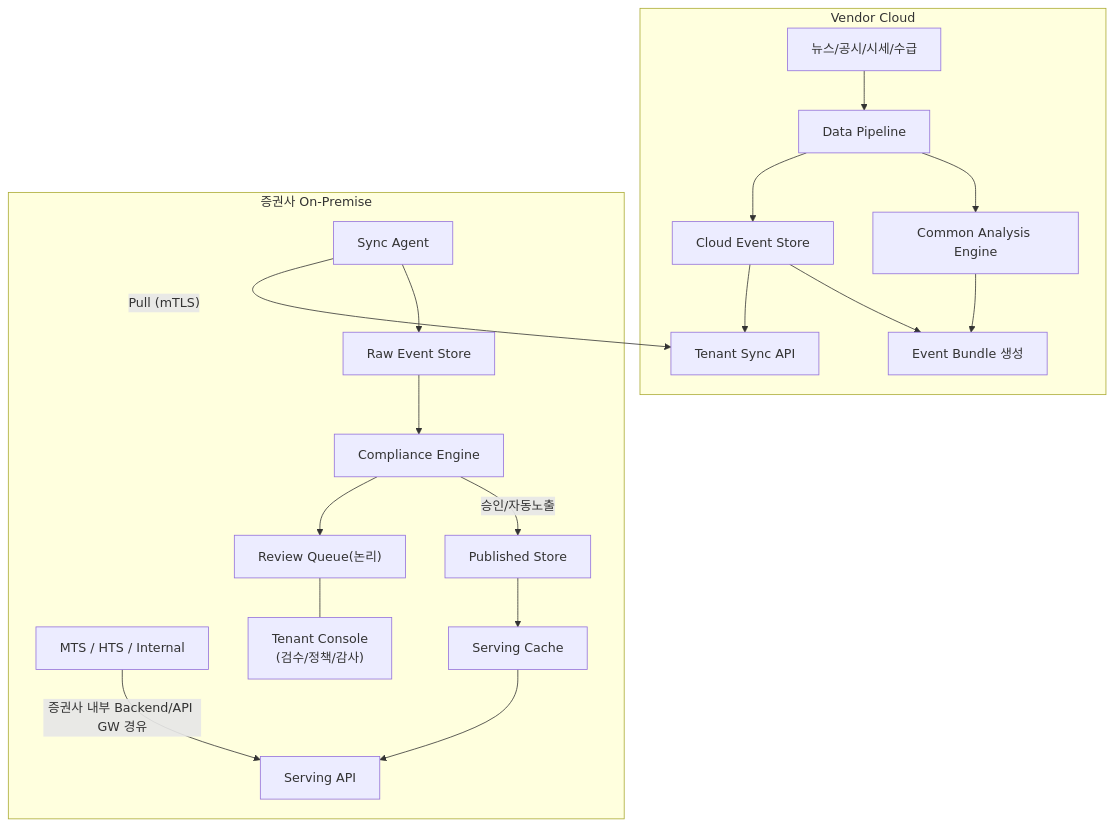
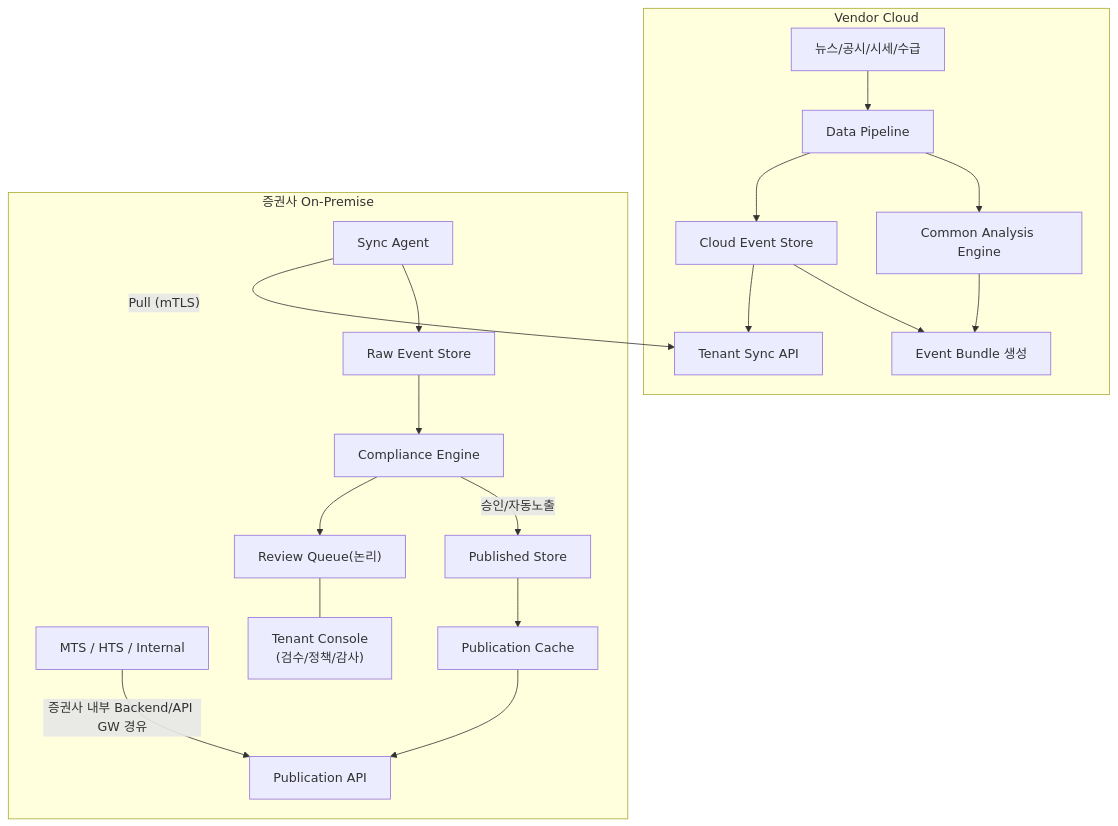
The diagram in docs/context.md (alphaeveryday/edge), drawn with Mermaid before and after one commit. The commit also changed other lines of this file and 15 other files, not shown here.

First line of the commit message:
docs(repo): Serving API 표기를 Publication으로 통일 (ADR-0030)

````diff
--- a/docs/context.md
+++ b/docs/context.md
@@ -53,21 +53,21 @@
 ```mermaid
 flowchart TB
     subgraph cloud["Vendor Cloud"]
         SRC["뉴스/공시/시세/수급"] --> DP["Data Pipeline"]
         DP --> CAE["Common Analysis Engine"]
         DP --> CES["Cloud Event Store"]
         CAE --> EB["Event Bundle 생성"]
         CES --> EB
         CES --> TSA["Tenant Sync API"]
     end
     subgraph onprem["증권사 On-Premise"]
-        MTS["MTS / HTS / Internal"] -->|증권사 내부 Backend/API GW 경유| SVA["Serving API"]
-        PS["Published Store"] --> SC["Serving Cache"] --> SVA
+        MTS["MTS / HTS / Internal"] -->|증권사 내부 Backend/API GW 경유| SVA["Publication API"]
+        PS["Published Store"] --> SC["Publication Cache"] --> SVA
         SA["Sync Agent"] --> RES["Raw Event Store"]
         RES --> CE["Compliance Engine"]
         CE -->|승인/자동노출| PS
         CE --> RQ["Review Queue(논리)"]
         RQ --- TC["Tenant Console<br/>(검수/정책/감사)"]
     end
     SA -->|"Pull (mTLS)"| TSA
 ```
````
